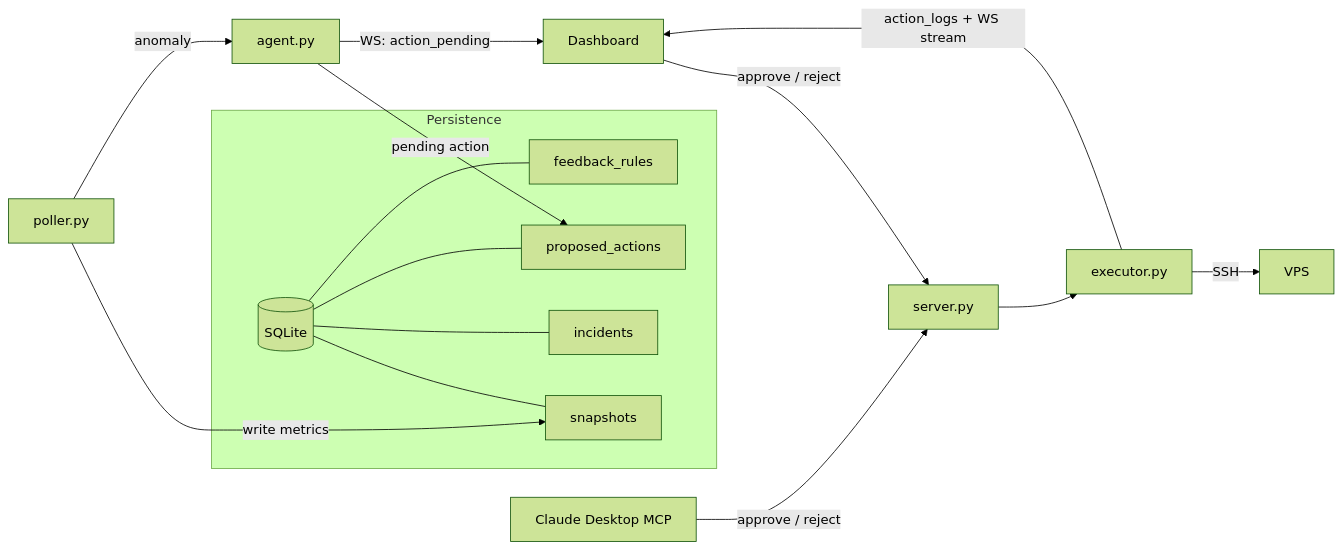
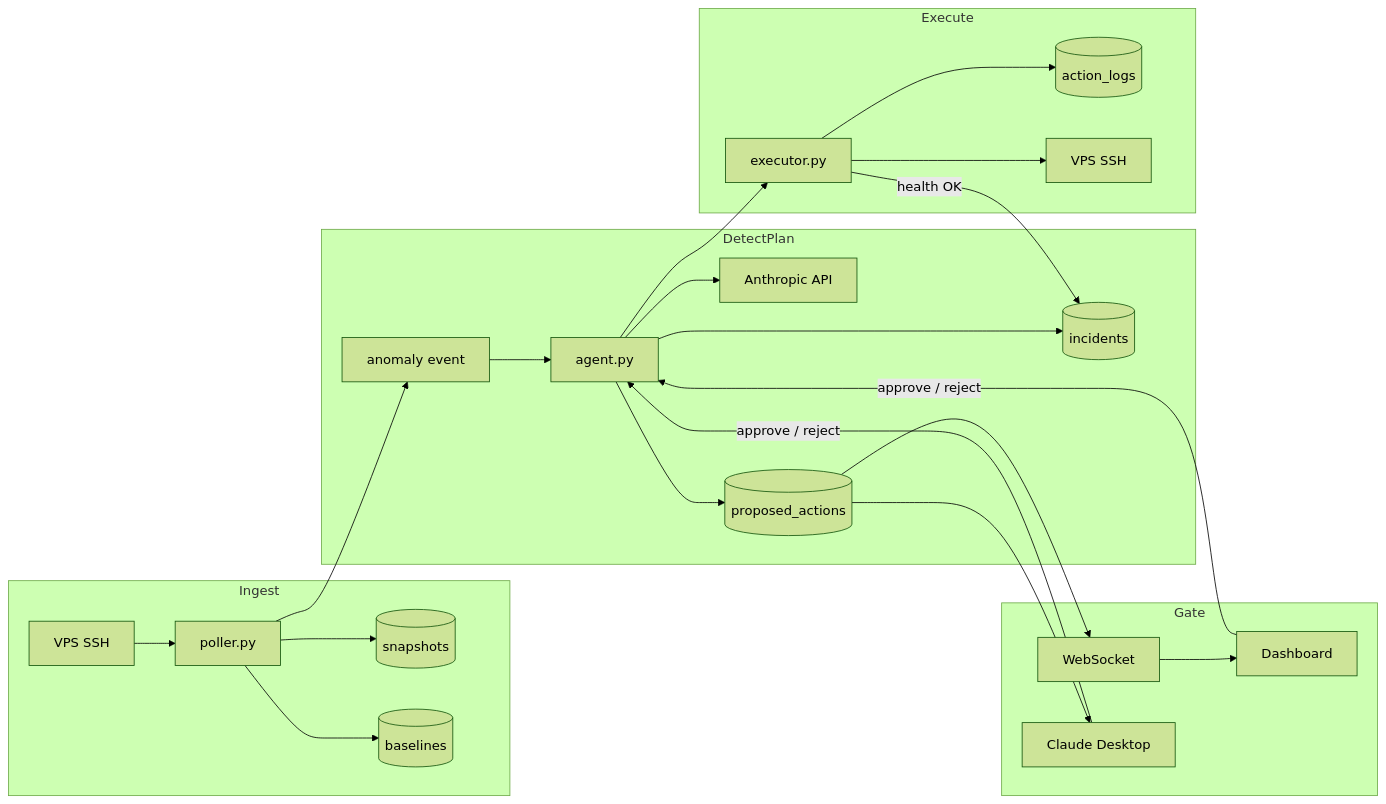
Before and after one commit to NevilPatel01/devops-mcp: the seventh of 11 diagrams in README.md, drawn with Mermaid (forest theme). The commit also changed other lines of this file, not shown here.

Commit message:
refactor: update readme with system diagram

````diff
--- a/README.md
+++ b/README.md
@@ -85,24 +324,41 @@
 ```mermaid
 flowchart LR
-  subgraph Data["Persistence"]
-    SQL[(SQLite)]
-    Snapshots[snapshots]
-    Incidents[incidents]
-    Actions[proposed_actions]
-    Rules[feedback_rules]
-    SQL --- Snapshots
-    SQL --- Incidents
-    SQL --- Actions
-    SQL --- Rules
+  subgraph Ingest
+    VPS["VPS SSH"]
+    Poller["poller.py"]
+    Snap[("snapshots")]
+    Base[("baselines")]
+    VPS --> Poller
+    Poller --> Snap & Base
   end
 
-  Poller["poller.py"] -->|"write metrics"| Snapshots
-  Poller -->|"anomaly"| Agent["agent.py"]
-  Agent -->|"pending action"| Actions
-  Agent -->|"WS: action_pending"| UI["Dashboard"]
-  UI -->|"approve / reject"| Server["server.py"]
-  Claude["Claude Desktop MCP"] -->|"approve / reject"| Server
-  Server --> Executor["executor.py"]
-  Executor -->|"action_logs + WS stream"| UI
-  Executor -->|"SSH"| VPS["VPS"]
+  subgraph DetectPlan
+    Anomaly["anomaly event"]
+    Agent["agent.py"]
+    Claude["Anthropic API"]
+    Inc[("incidents")]
+    Act[("proposed_actions")]
+    Poller --> Anomaly --> Agent
+    Agent --> Claude
+    Agent --> Inc & Act
+  end
+
+  subgraph Gate
+    WS["WebSocket"]
+    UI["Dashboard"]
+    MCP["Claude Desktop"]
+    Act --> WS --> UI
+    Act --> MCP
+    UI & MCP -->|"approve / reject"| Agent
+  end
+
+  subgraph Execute
+    Exec["executor.py"]
+    Logs[("action_logs")]
+    VPS2["VPS SSH"]
+    Agent --> Exec
+    Exec --> Logs
+    Exec --> VPS2
+    Exec -->|"health OK"| Inc
+  end
 ```
````
